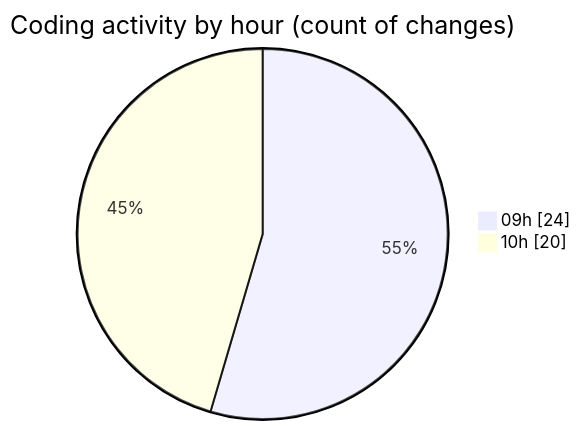
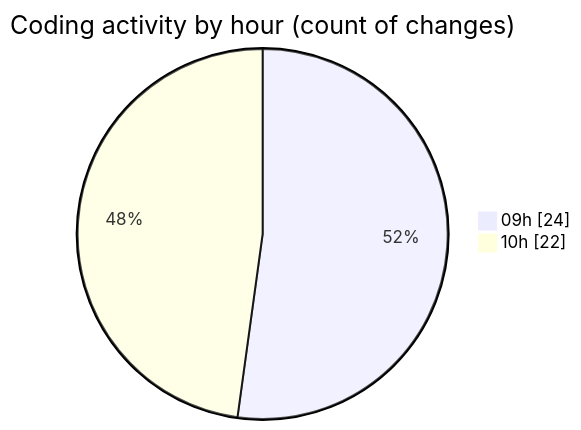
One commit to MatusMokan/code-tracking changed the second of 2 diagrams in 2025-05-08/myws__workspace_/README.md. Above: the diagram before and after it, drawn with Mermaid. The commit also changed other lines of this file and 1 other file, not shown here.

````diff
--- a/2025-05-08/myws__workspace_/README.md
+++ b/2025-05-08/myws__workspace_/README.md
@@ -30,6 +30,6 @@
 ```mermaid
 pie showData
 title Coding activity by hour (count of changes)
 "09h" : 24
-"10h" : 20
+"10h" : 22
 ```
````
